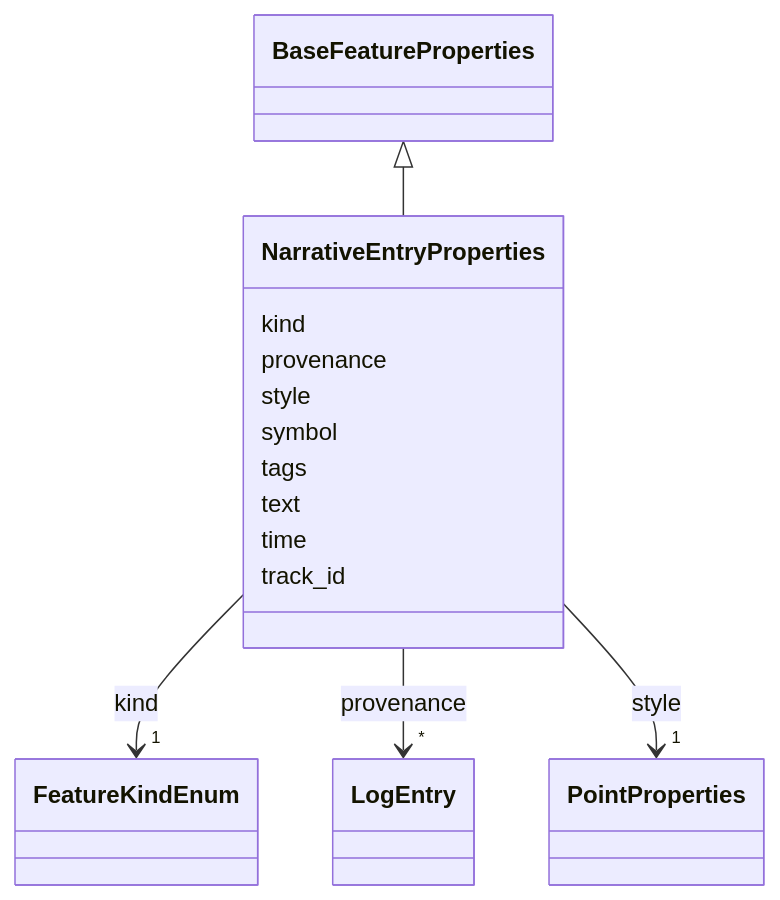
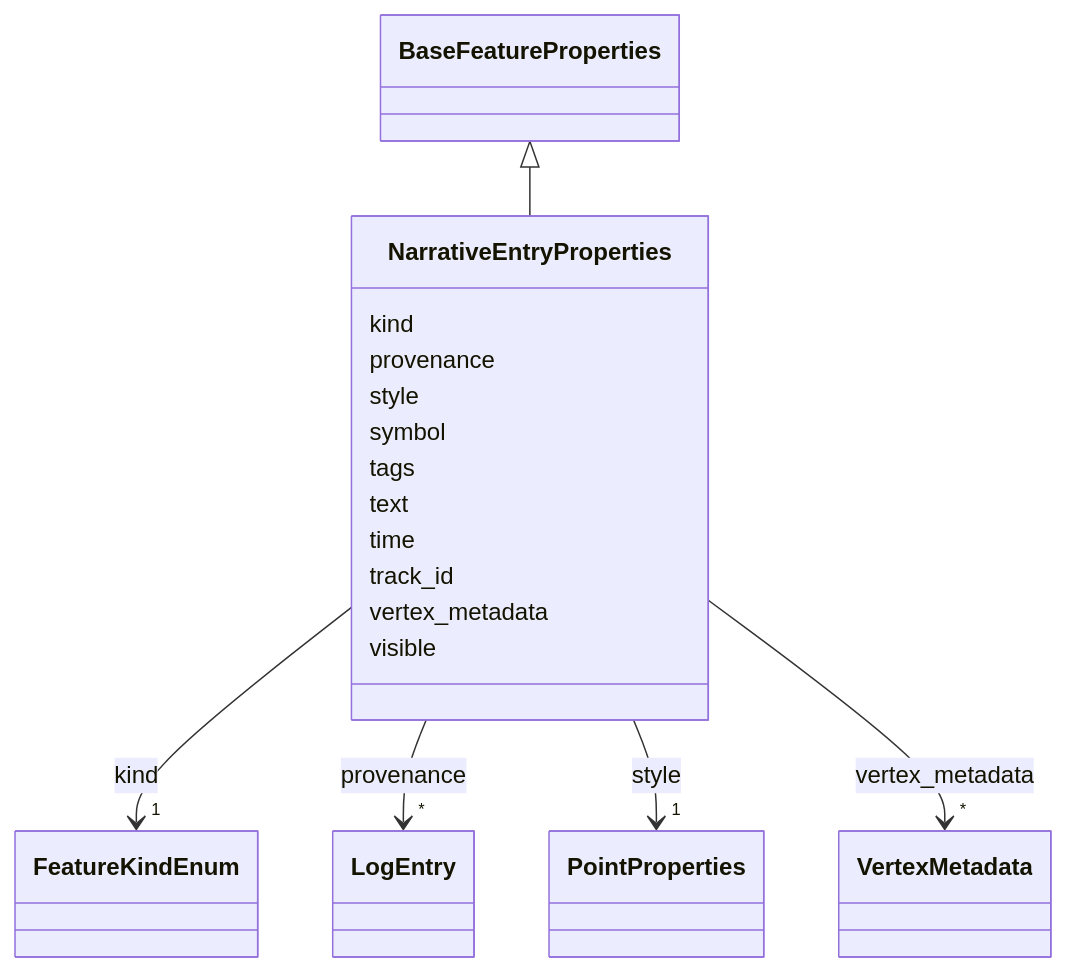
Before and after one commit to debrief/debrief-future: the diagram in schema-docs-md/classes/NarrativeEntryProperties.md, drawn with Mermaid. The commit also changed other lines of this file and 238 other files, not shown here.

````diff
--- a/schema-docs-md/classes/NarrativeEntryProperties.md
+++ b/schema-docs-md/classes/NarrativeEntryProperties.md
@@ -19,52 +19,65 @@
 ```mermaid
  classDiagram
     class NarrativeEntryProperties
     click NarrativeEntryProperties href "../../classes/NarrativeEntryProperties/"
       BaseFeatureProperties <|-- NarrativeEntryProperties
         click BaseFeatureProperties href "../../classes/BaseFeatureProperties/"
       
       NarrativeEntryProperties : kind
         
           
     
         
         
         NarrativeEntryProperties --> "1" FeatureKindEnum : kind
         click FeatureKindEnum href "../../enums/FeatureKindEnum/"
     
 
         
       NarrativeEntryProperties : provenance
         
           
     
         
         
         NarrativeEntryProperties --> "*" LogEntry : provenance
         click LogEntry href "../../classes/LogEntry/"
     
 
         
       NarrativeEntryProperties : style
         
           
     
         
         
         NarrativeEntryProperties --> "1" PointProperties : style
         click PointProperties href "../../classes/PointProperties/"
     
 
         
       NarrativeEntryProperties : symbol
         
       NarrativeEntryProperties : tags
         
       NarrativeEntryProperties : text
         
       NarrativeEntryProperties : time
         
       NarrativeEntryProperties : track_id
         
+      NarrativeEntryProperties : vertex_metadata
+        
+          
+    
+        
+        
+        NarrativeEntryProperties --> "*" VertexMetadata : vertex_metadata
+        click VertexMetadata href "../../classes/VertexMetadata/"
+    
+
+        
+      NarrativeEntryProperties : visible
+        
       
 ```
````
